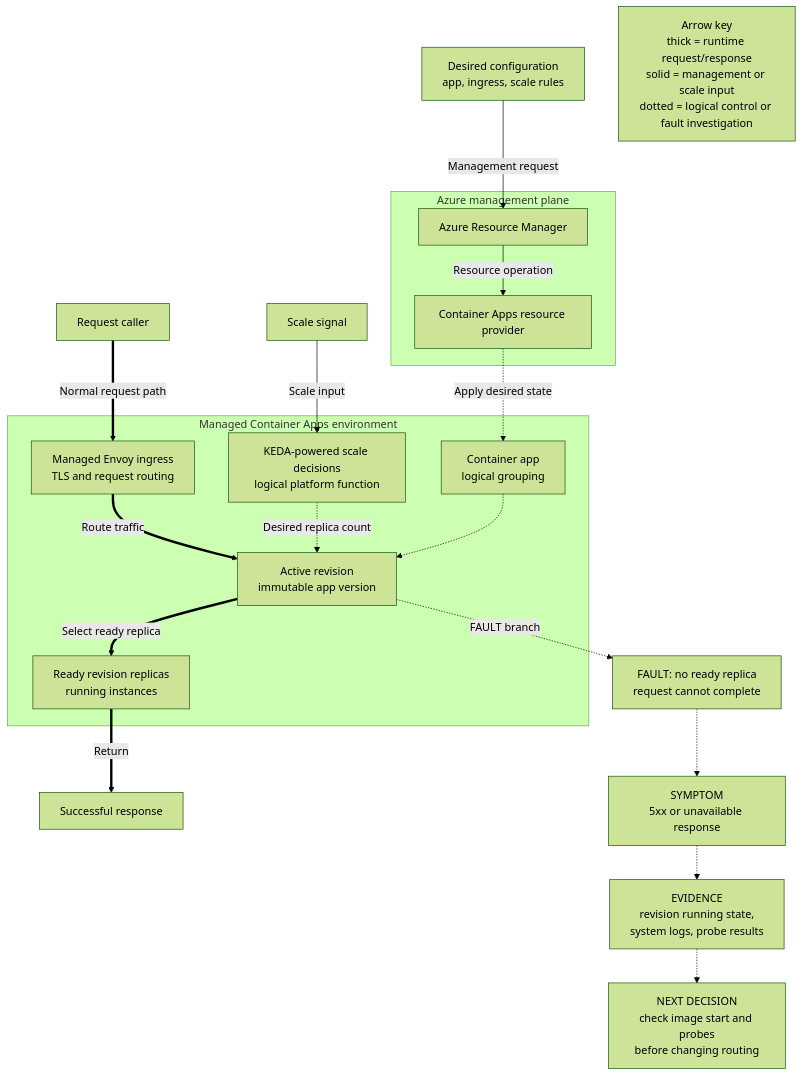
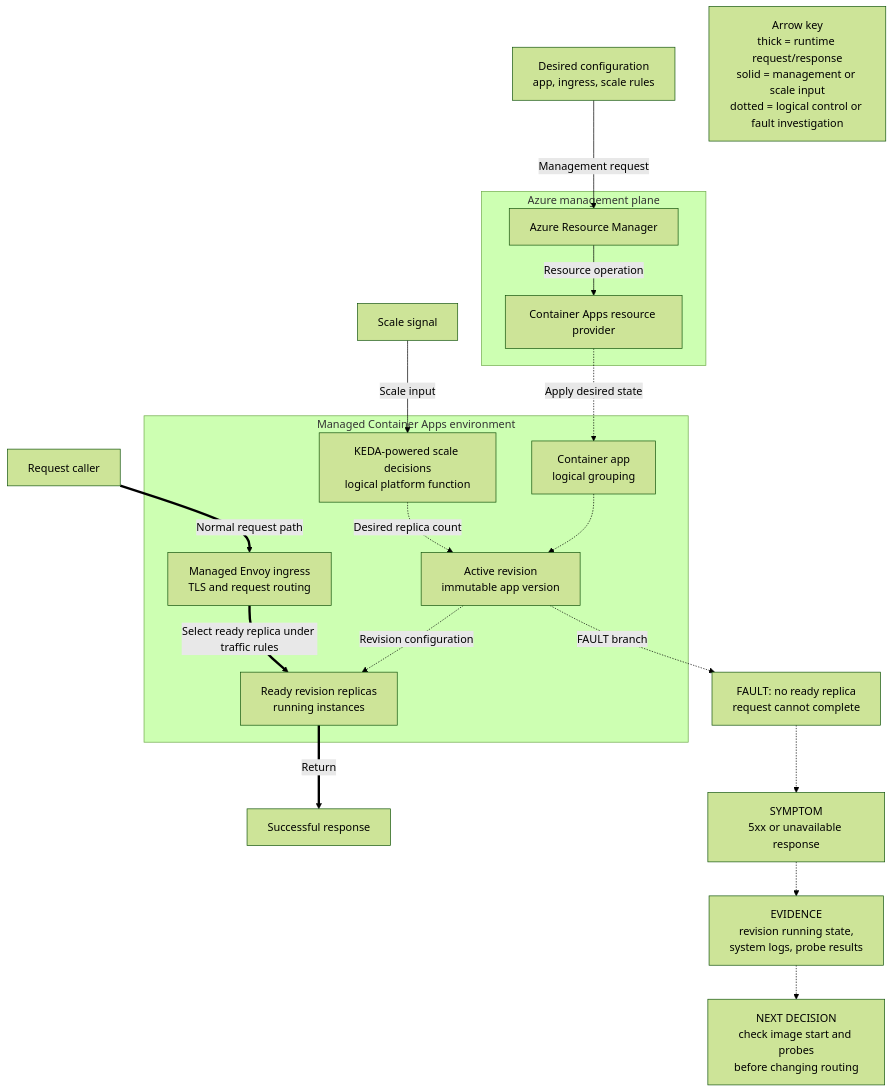
Before and after one commit to yeongseon/azure-container-apps-practical-guide: the second of 2 diagrams in docs/platform/architecture/index.md, drawn with Mermaid (forest theme). The commit also changed other lines of this file and 7 other files, not shown here.

First line of the commit message:
fix(diagrams): correct request paths and record review of platform and troubleshooting diagrams (#638)

````diff
--- a/docs/platform/architecture/index.md
+++ b/docs/platform/architecture/index.md
@@ -118,48 +118,48 @@
 ```mermaid
 flowchart TD
     accTitle: Azure Container Apps management and runtime diagnostic paths
-    accDescr: The management path configures a managed environment. The normal runtime path sends a request through managed Envoy ingress to an active revision and ready replicas. A dashed fault branch shows the symptom, evidence, and next check when no replica is ready.
+    accDescr: The management path configures a managed environment. The normal runtime path sends a request through managed Envoy ingress directly to a ready replica selected under active-revision traffic configuration. A dashed fault branch shows the symptom, evidence, and next check when no replica is ready.
 
     CONFIG["Desired configuration<br/>app, ingress, scale rules"]
     CALLER["Request caller"]
     SIGNAL["Scale signal"]
 
     subgraph MGMT["Azure management plane"]
         ARM["Azure Resource Manager"]
         RP["Container Apps resource provider"]
     end
 
     subgraph ENV["Managed Container Apps environment"]
         INGRESS["Managed Envoy ingress<br/>TLS and request routing"]
         SCALE["KEDA-powered scale decisions<br/>logical platform function"]
         APP["Container app<br/>logical grouping"]
         REV_ACTIVE["Active revision<br/>immutable app version"]
         REPLICAS["Ready revision replicas<br/>running instances"]
     end
 
     RESPONSE["Successful response"]
     FAULT["FAULT: no ready replica<br/>request cannot complete"]
     SYMPTOM["SYMPTOM<br/>5xx or unavailable response"]
     EVIDENCE["EVIDENCE<br/>revision running state,<br/>system logs, probe results"]
     NEXT["NEXT DECISION<br/>check image start and probes<br/>before changing routing"]
 
     CONFIG -->|"Management request"| ARM
     ARM -->|"Resource operation"| RP
     RP -.->|"Apply desired state"| APP
 
     CALLER ==>|"Normal request path"| INGRESS
-    INGRESS ==>|"Route traffic"| REV_ACTIVE
-    REV_ACTIVE ==>|"Select ready replica"| REPLICAS
+    INGRESS ==>|"Select ready replica under traffic rules"| REPLICAS
     REPLICAS ==>|"Return"| RESPONSE
 
     SIGNAL -->|"Scale input"| SCALE
     SCALE -.->|"Desired replica count"| REV_ACTIVE
     APP -.-> REV_ACTIVE
+    REV_ACTIVE -.->|"Revision configuration"| REPLICAS
 
     REV_ACTIVE -.->|"FAULT branch"| FAULT
     FAULT -.-> SYMPTOM
     SYMPTOM -.-> EVIDENCE
     EVIDENCE -.-> NEXT
 
     LEGEND["Arrow key<br/>thick = runtime request/response<br/>solid = management or scale input<br/>dotted = logical control or fault investigation"]
 ```
````
